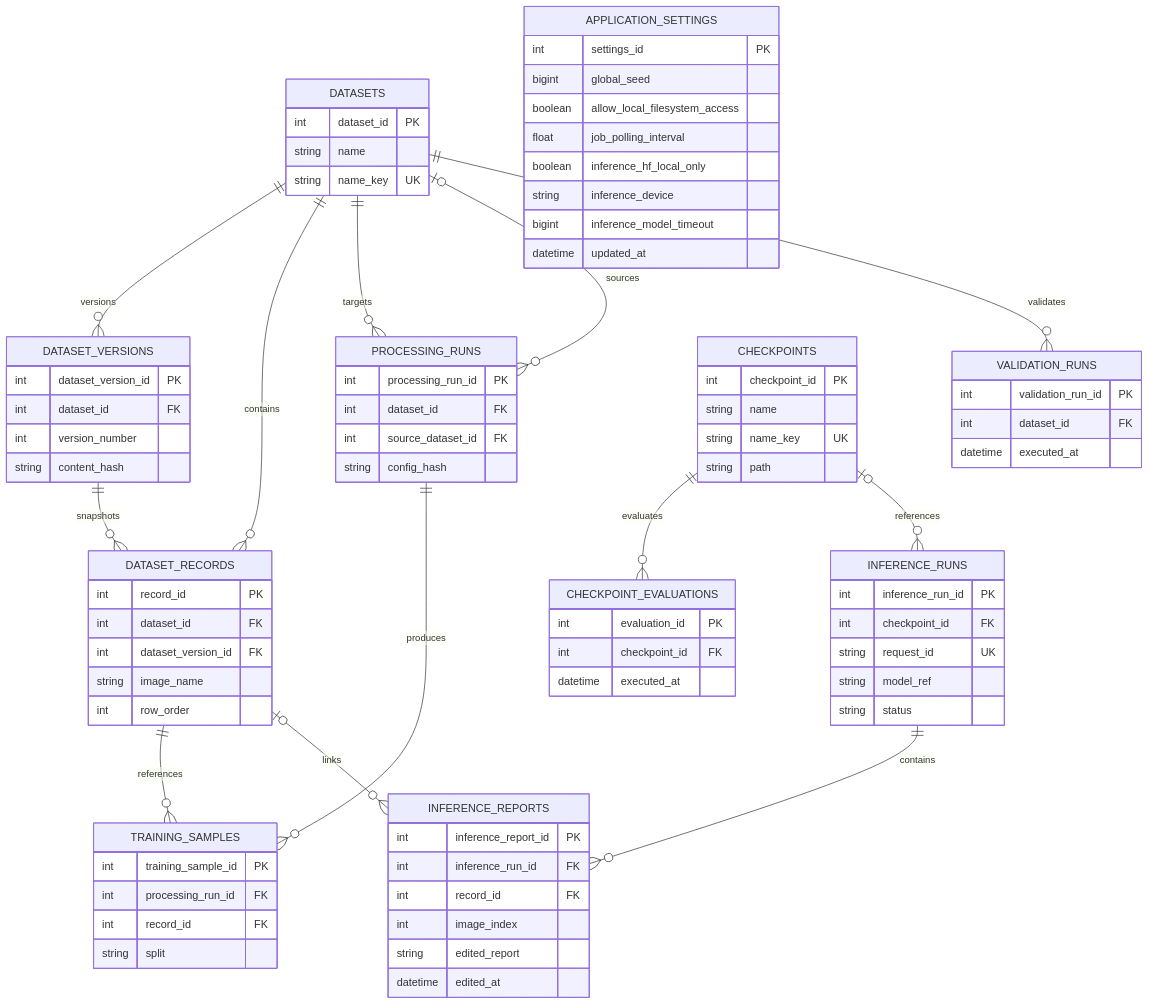
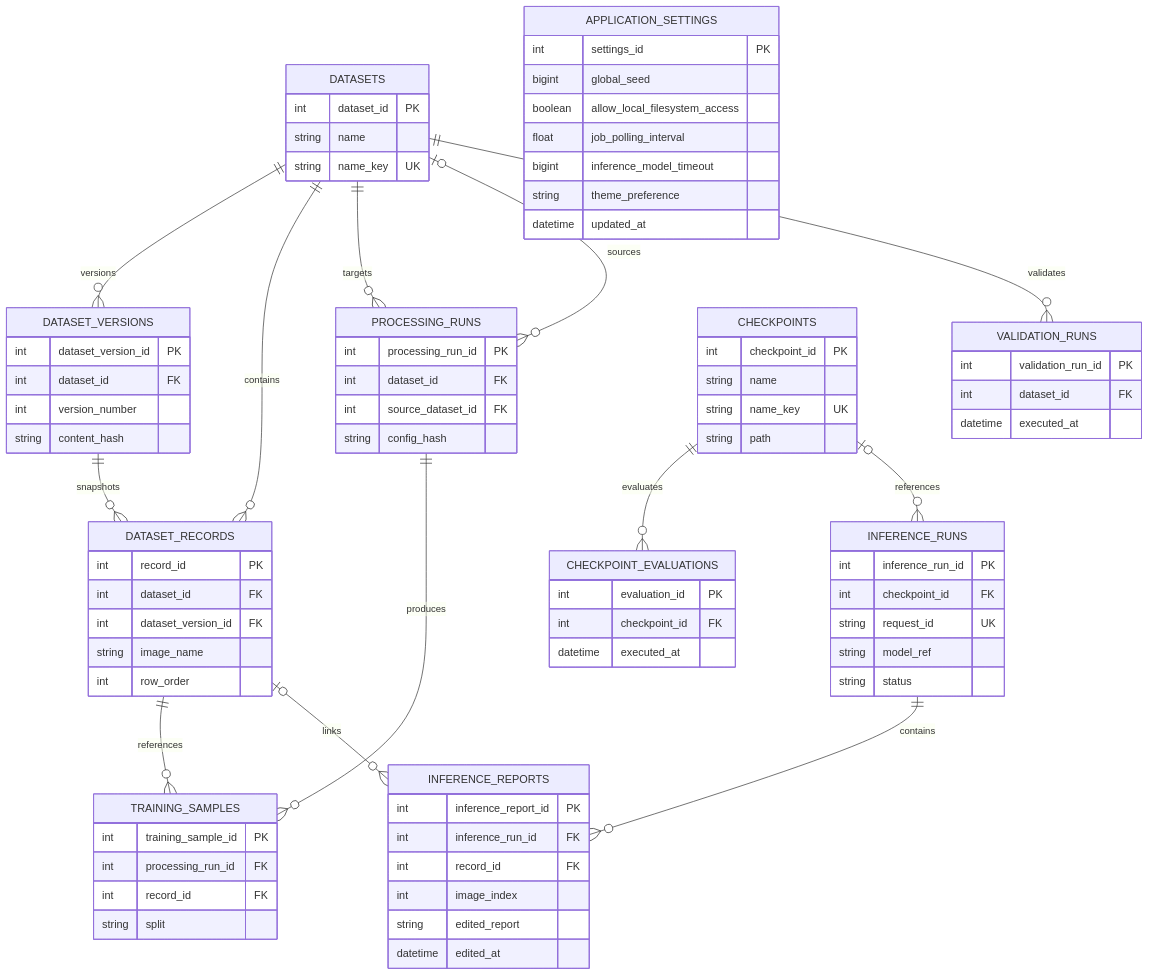
The diagram in assets/docs/architecture/persistence.md (CTCycle/XREPORT-radiological-reports-generator), drawn with Mermaid before and after one commit. The commit also changed other lines of this file and 13 other files, not shown here.

```diff
--- a/assets/docs/architecture/persistence.md
+++ b/assets/docs/architecture/persistence.md
@@ -163,9 +164,8 @@
         bigint global_seed
         boolean allow_local_filesystem_access
         float job_polling_interval
-        boolean inference_hf_local_only
-        string inference_device
         bigint inference_model_timeout
+        string theme_preference
         datetime updated_at
     }
 
```
